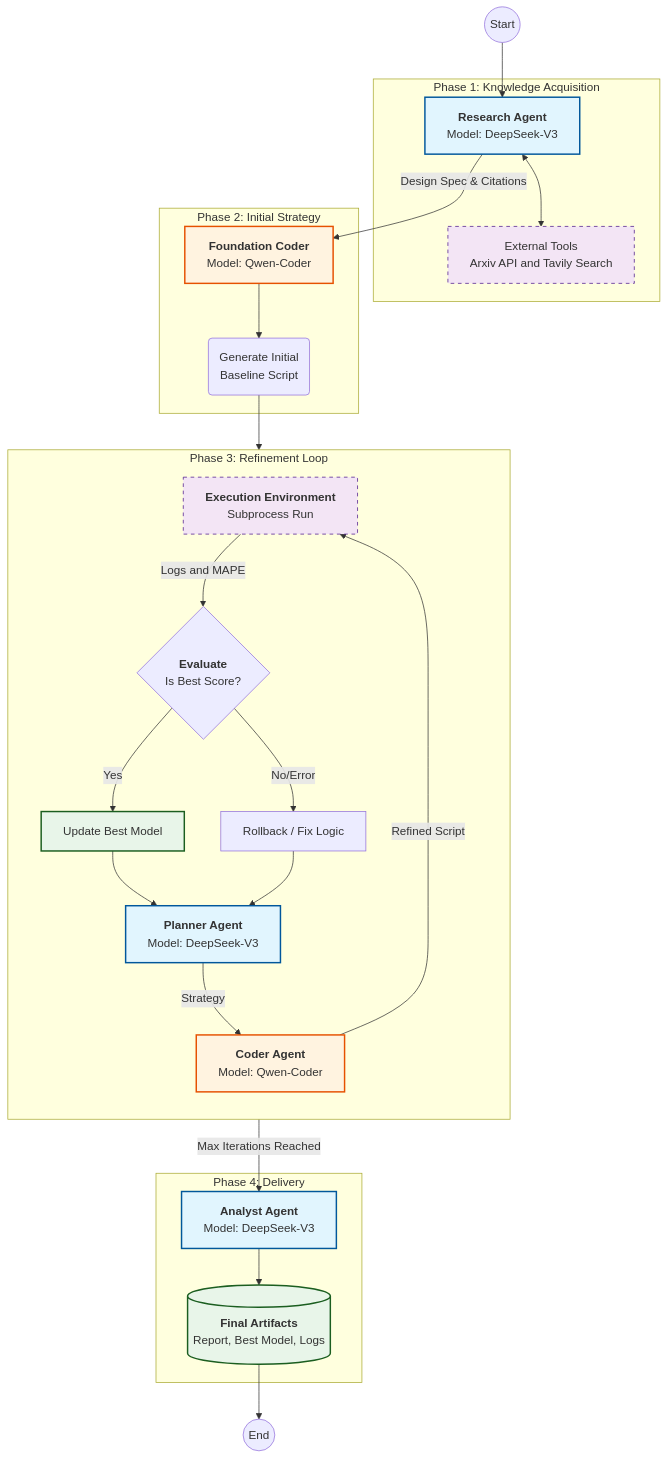
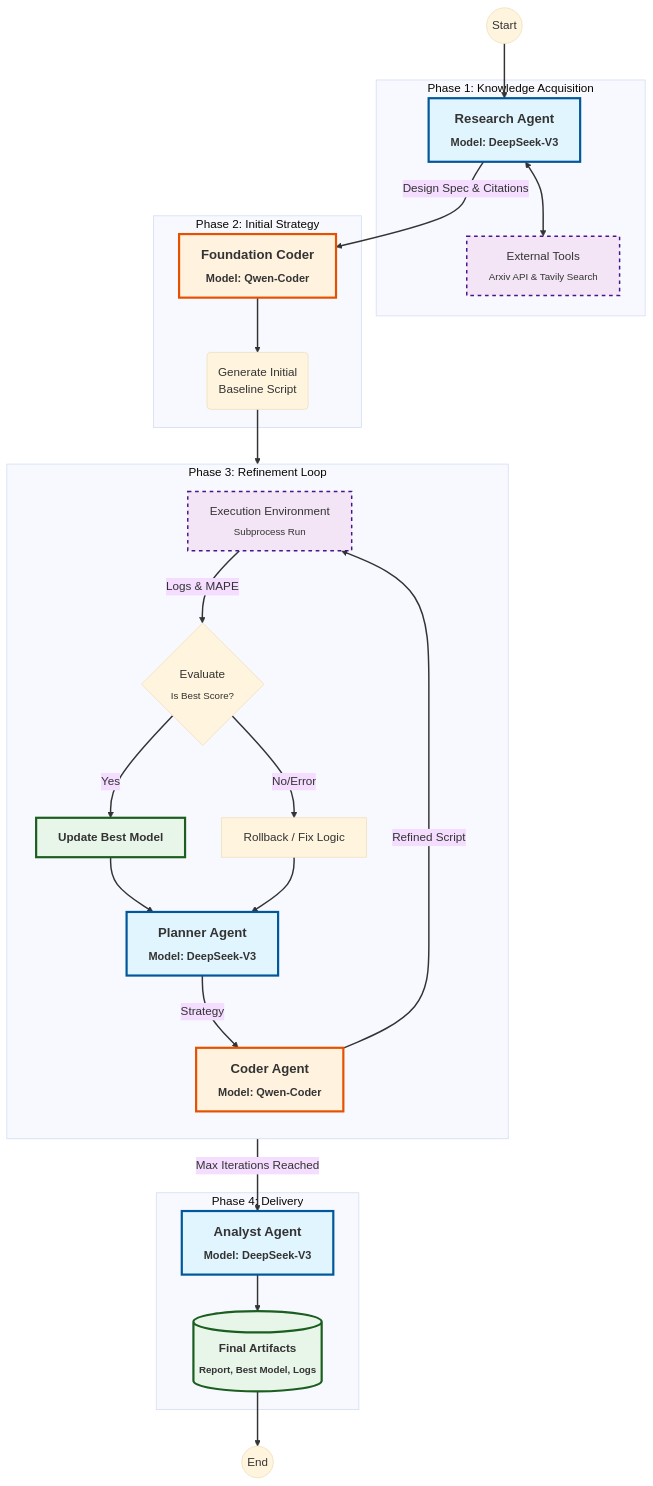
The diagram in README.md (Mattis3858/MLE_star_agent), drawn with Mermaid before and after one commit. The commit also changed other lines of this file, not shown here.

Commit message:
update readme system architect graph

````diff
--- a/README.md
+++ b/README.md
@@ -22,54 +22,55 @@
 ```mermaid
+%%{init: {'theme': 'base', 'themeVariables': { 'fontSize': '16px', 'fontFamily': 'arial', 'darkMode': false }}}%%
 graph TD
-    classDef reasoner fill:#e1f5fe,stroke:#01579b,stroke-width:2px;
-    classDef coder fill:#fff3e0,stroke:#e65100,stroke-width:2px;
-    classDef process fill:#f3e5f5,stroke:#4a148c,stroke-width:1px,stroke-dasharray: 5 5;
-    classDef storage fill:#e8f5e9,stroke:#1b5e20,stroke-width:2px;
+    classDef reasoner fill:#e1f5fe,stroke:#01579b,stroke-width:3px,font-size:18px,font-weight:bold;
+    classDef coder fill:#fff3e0,stroke:#e65100,stroke-width:3px,font-size:18px,font-weight:bold;
+    classDef process fill:#f3e5f5,stroke:#4a148c,stroke-width:2px,stroke-dasharray: 5 5,font-size:16px;
+    classDef storage fill:#e8f5e9,stroke:#1b5e20,stroke-width:3px,font-size:16px,font-weight:bold;
 
     Start((Start)) --> Research
 
     subgraph "Phase 1: Knowledge Acquisition"
-        Research[<b>Research Agent</b><br/>Model: DeepSeek-V3]:::reasoner
-        Tools[External Tools<br/>Arxiv API and Tavily Search]:::process
+        Research[Research Agent<br/><sub>Model: DeepSeek-V3</sub>]:::reasoner
+        Tools[External Tools<br/><sub>Arxiv API & Tavily Search</sub>]:::process
         Research <--> Tools
     end
 
     Research -->|Design Spec & Citations| Foundation
 
     subgraph "Phase 2: Initial Strategy"
-        Foundation[<b>Foundation Coder</b><br/>Model: Qwen-Coder]:::coder
+        Foundation[Foundation Coder<br/><sub>Model: Qwen-Coder</sub>]:::coder
         BaseCode(Generate Initial<br/>Baseline Script)
         Foundation --> BaseCode
     end
 
     BaseCode --> Execute
 
     subgraph "Phase 3: Refinement Loop"
         direction TB
-        Execute[<b>Execution Environment</b><br/>Subprocess Run]:::process
-        Execute -->|Logs and MAPE| Evaluator{<b>Evaluate</b><br/>Is Best Score?}
+        Execute[Execution Environment<br/><sub>Subprocess Run</sub>]:::process
+        Execute -->|Logs & MAPE| Evaluator{Evaluate<br/><sub>Is Best Score?</sub>}
         
         Evaluator -- Yes --> UpdateBest[Update Best Model]:::storage
         Evaluator -- No/Error --> Recovery[Rollback / Fix Logic]
         
         UpdateBest & Recovery --> Planner
         
-        Planner[<b>Planner Agent</b><br/>Model: DeepSeek-V3]:::reasoner
+        Planner[Planner Agent<br/><sub>Model: DeepSeek-V3</sub>]:::reasoner
         Planner -->|Strategy| Coder
         
-        Coder[<b>Coder Agent</b><br/>Model: Qwen-Coder]:::coder
+        Coder[Coder Agent<br/><sub>Model: Qwen-Coder</sub>]:::coder
         Coder -->|Refined Script| Execute
     end
 
     Evaluator -- Max Iterations Reached --> Analyst
 
     subgraph "Phase 4: Delivery"
-        Analyst[<b>Analyst Agent</b><br/>Model: DeepSeek-V3]:::reasoner
-        Artifacts[(<b>Final Artifacts</b><br/>Report, Best Model, Logs)]:::storage
+        Analyst[Analyst Agent<br/><sub>Model: DeepSeek-V3</sub>]:::reasoner
+        Artifacts[(Final Artifacts<br/><sub>Report, Best Model, Logs</sub>)]:::storage
         Analyst --> Artifacts
     end
 
     Artifacts --> End((End))
 
-    linkStyle default stroke:#333,stroke-width:1px;
+    linkStyle default stroke:#333,stroke-width:2px;
 ```
````
